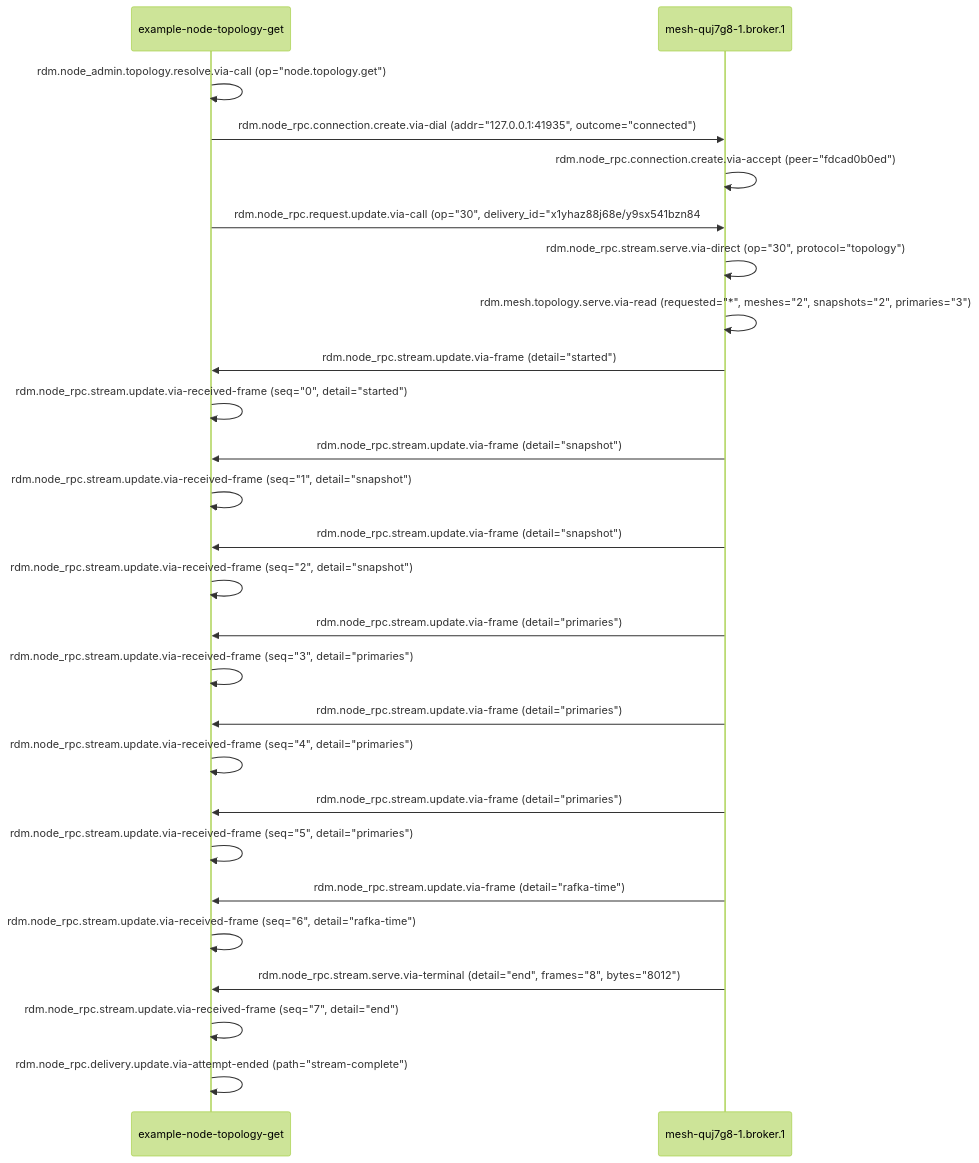
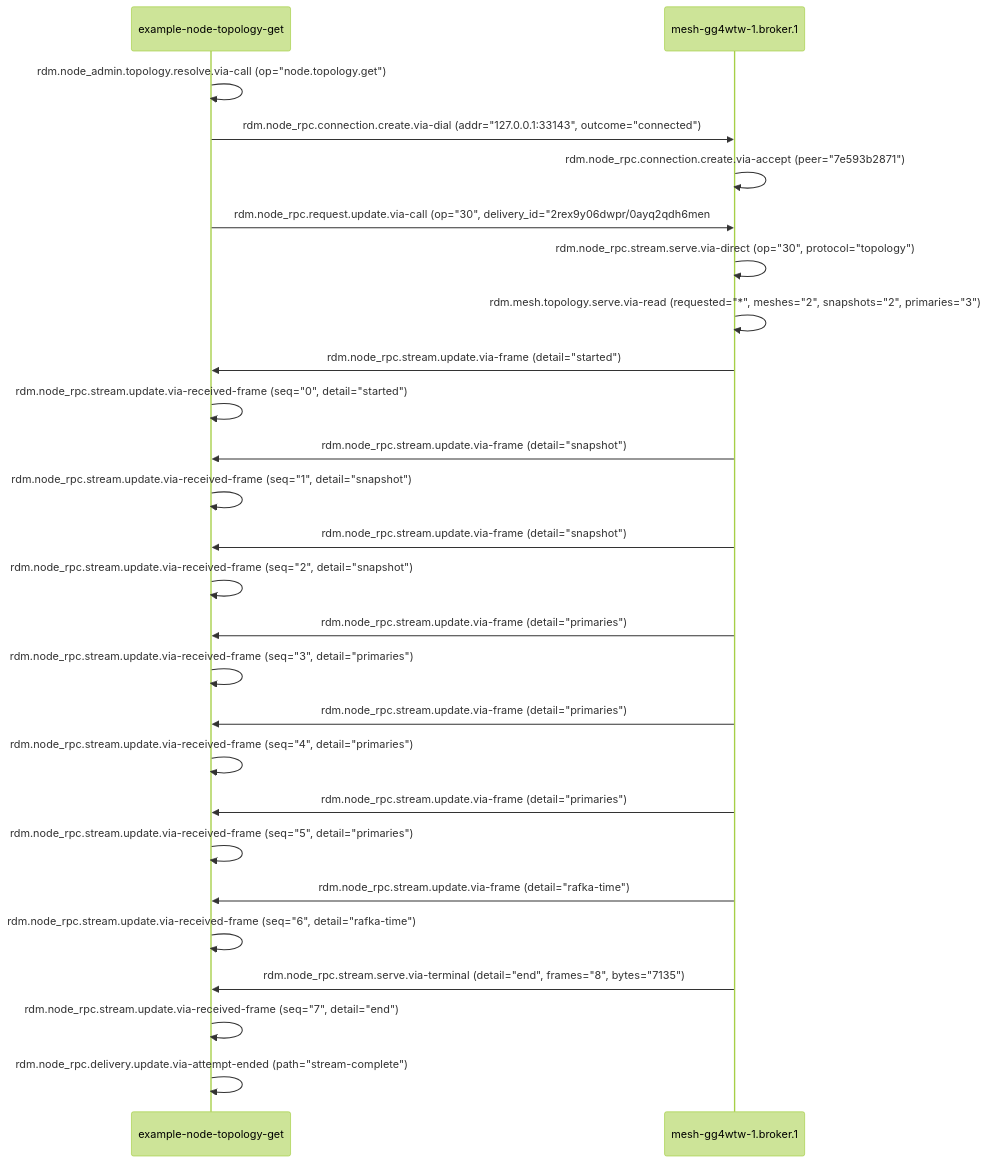
One commit to drlukeangel/rust-distributed-mesh changed the third of 3 diagrams in docs/eng/tour.md. Above: the diagram before and after it, drawn with Mermaid (forest theme). The commit also changed other lines of this file and 4 other files, not shown here.

````diff
--- a/docs/eng/tour.md
+++ b/docs/eng/tour.md
@@ -286,29 +292,29 @@
 ```mermaid
 sequenceDiagram
     participant C as example-node-topology-get
-    participant B1 as mesh-quj7g8-1.broker.1
+    participant B1 as mesh-gg4wtw-1.broker.1
 
     C->>C: rdm.node_admin.topology.resolve.via-call (op="node.topology.get")
-    C->>B1: rdm.node_rpc.connection.create.via-dial (addr="127.0.0.1:41935", outcome="connected")
-    B1->>B1: rdm.node_rpc.connection.create.via-accept (peer="fdcad0b0ed")
-    C->>B1: rdm.node_rpc.request.update.via-call (op="30", delivery_id="x1yhaz88j68e/y9sx541bzn84#2")
+    C->>B1: rdm.node_rpc.connection.create.via-dial (addr="127.0.0.1:33143", outcome="connected")
+    B1->>B1: rdm.node_rpc.connection.create.via-accept (peer="7e593b2871")
+    C->>B1: rdm.node_rpc.request.update.via-call (op="30", delivery_id="2rex9y06dwpr/0ayq2qdh6men#2")
     B1->>B1: rdm.node_rpc.stream.serve.via-direct (op="30", protocol="topology")
     B1->>B1: rdm.mesh.topology.serve.via-read (requested="*", meshes="2", snapshots="2", primaries="3")
     B1->>C: rdm.node_rpc.stream.update.via-frame (detail="started")
     C->>C: rdm.node_rpc.stream.update.via-received-frame (seq="0", detail="started")
     B1->>C: rdm.node_rpc.stream.update.via-frame (detail="snapshot")
     C->>C: rdm.node_rpc.stream.update.via-received-frame (seq="1", detail="snapshot")
     B1->>C: rdm.node_rpc.stream.update.via-frame (detail="snapshot")
     C->>C: rdm.node_rpc.stream.update.via-received-frame (seq="2", detail="snapshot")
     B1->>C: rdm.node_rpc.stream.update.via-frame (detail="primaries")
     C->>C: rdm.node_rpc.stream.update.via-received-frame (seq="3", detail="primaries")
     B1->>C: rdm.node_rpc.stream.update.via-frame (detail="primaries")
     C->>C: rdm.node_rpc.stream.update.via-received-frame (seq="4", detail="primaries")
     B1->>C: rdm.node_rpc.stream.update.via-frame (detail="primaries")
     C->>C: rdm.node_rpc.stream.update.via-received-frame (seq="5", detail="primaries")
     B1->>C: rdm.node_rpc.stream.update.via-frame (detail="rafka-time")
     C->>C: rdm.node_rpc.stream.update.via-received-frame (seq="6", detail="rafka-time")
-    B1->>C: rdm.node_rpc.stream.serve.via-terminal (detail="end", frames="8", bytes="8012")
+    B1->>C: rdm.node_rpc.stream.serve.via-terminal (detail="end", frames="8", bytes="7135")
     C->>C: rdm.node_rpc.stream.update.via-received-frame (seq="7", detail="end")
     C->>C: rdm.node_rpc.delivery.update.via-attempt-ended (path="stream-complete")
 ```
````
